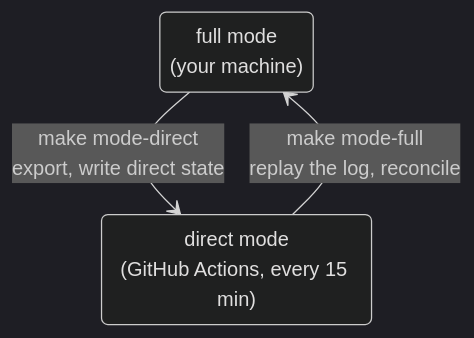
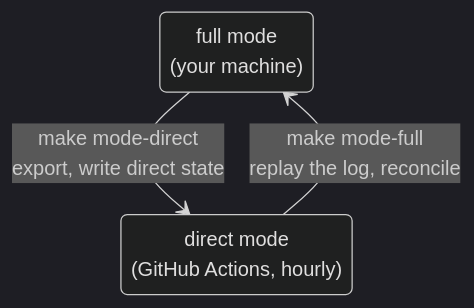
One commit to dienarvaez1/earth-hub changed the second of 2 diagrams in README.md. Above: the diagram before and after it, drawn with Mermaid (dark theme). The commit also changed other lines of this file and 23 other files, not shown here.

First line of the commit message:
feat: start direct rounds hourly from a Cloudflare cron trigger (DEF-052) (#40)

````diff
--- a/README.md
+++ b/README.md
@@ -37,8 +37,8 @@
 ```mermaid
 stateDiagram-v2
     direction TB
     full: full mode<br/>(your machine)
-    direct: direct mode<br/>(GitHub Actions, every 15 min)
+    direct: direct mode<br/>(GitHub Actions, hourly)
     full --> direct: make mode-direct<br/>export, write direct state
     direct --> full: make mode-full<br/>replay the log, reconcile
 ```
````
